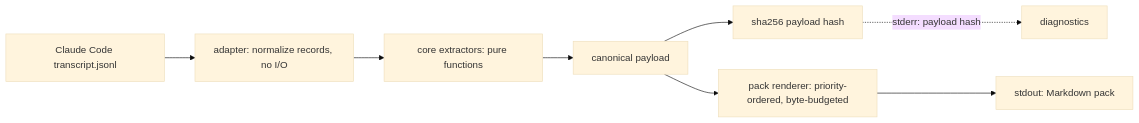
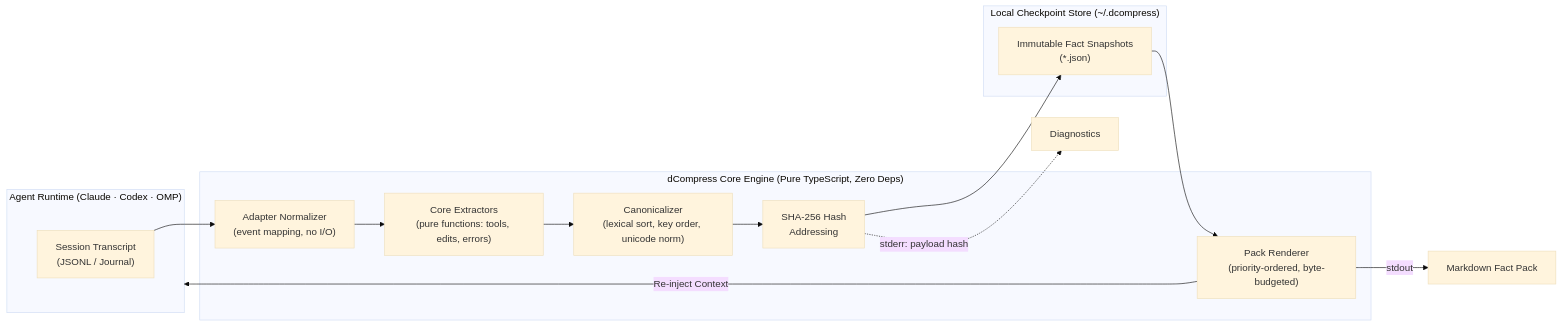
One commit to TomaszGonczar/dCompress changed the diagram in README.md. Above: the diagram before and after it, drawn with Mermaid (base theme). The commit also changed other lines of this file, not shown here.

Commit message:
docs: add suite nav, status badges, and upgraded architecture diagram

````diff
--- a/README.md
+++ b/README.md
@@ -149,10 +152,23 @@
 ```mermaid
 flowchart LR
-    T["Claude Code transcript.jsonl"] --> A["adapter: normalize records, no I/O"]
-    A --> E["core extractors: pure functions"]
-    E --> C["canonical payload"]
-    C --> H["sha256 payload hash"]
-    C --> P["pack renderer: priority-ordered, byte-budgeted"]
-    P --> OUT["stdout: Markdown pack"]
-    H -.->|"stderr: payload hash"| DIAG["diagnostics"]
+    subgraph Host["Agent Runtime (Claude · Codex · OMP)"]
+        T["Session Transcript<br/>(JSONL / Journal)"]
+    end
+
+    subgraph Core["dCompress Core Engine (Pure TypeScript, Zero Deps)"]
+        A["Adapter Normalizer<br/>(event mapping, no I/O)"]
+        E["Core Extractors<br/>(pure functions: tools, edits, errors)"]
+        C["Canonicalizer<br/>(lexical sort, key order, unicode norm)"]
+        H["SHA-256 Hash<br/>Addressing"]
+        P["Pack Renderer<br/>(priority-ordered, byte-budgeted)"]
+    end
+
+    subgraph Store["Local Checkpoint Store (~/.dcompress)"]
+        S["Immutable Fact Snapshots<br/>(*.json)"]
+    end
+
+    T --> A --> E --> C --> H --> S
+    S --> P -->|"Re-inject Context"| Host
+    H -.->|"stderr: payload hash"| DIAG["Diagnostics"]
+    P -->|"stdout"| OUT["Markdown Fact Pack"]
 ```
````
